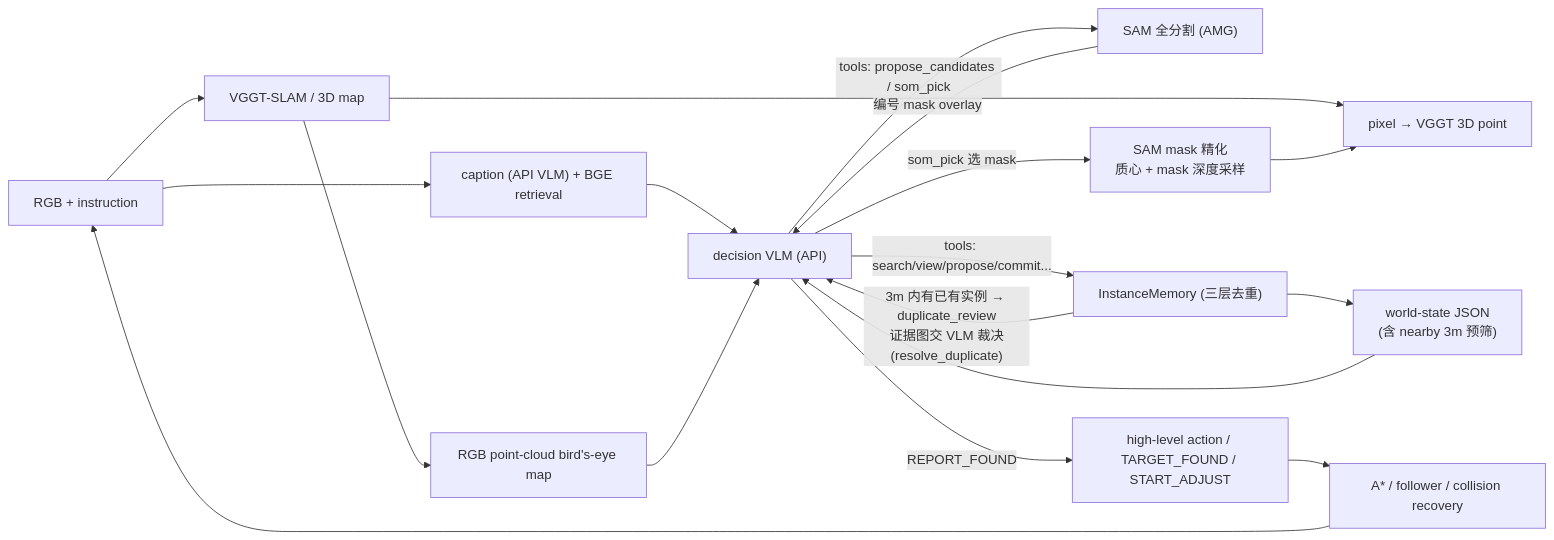
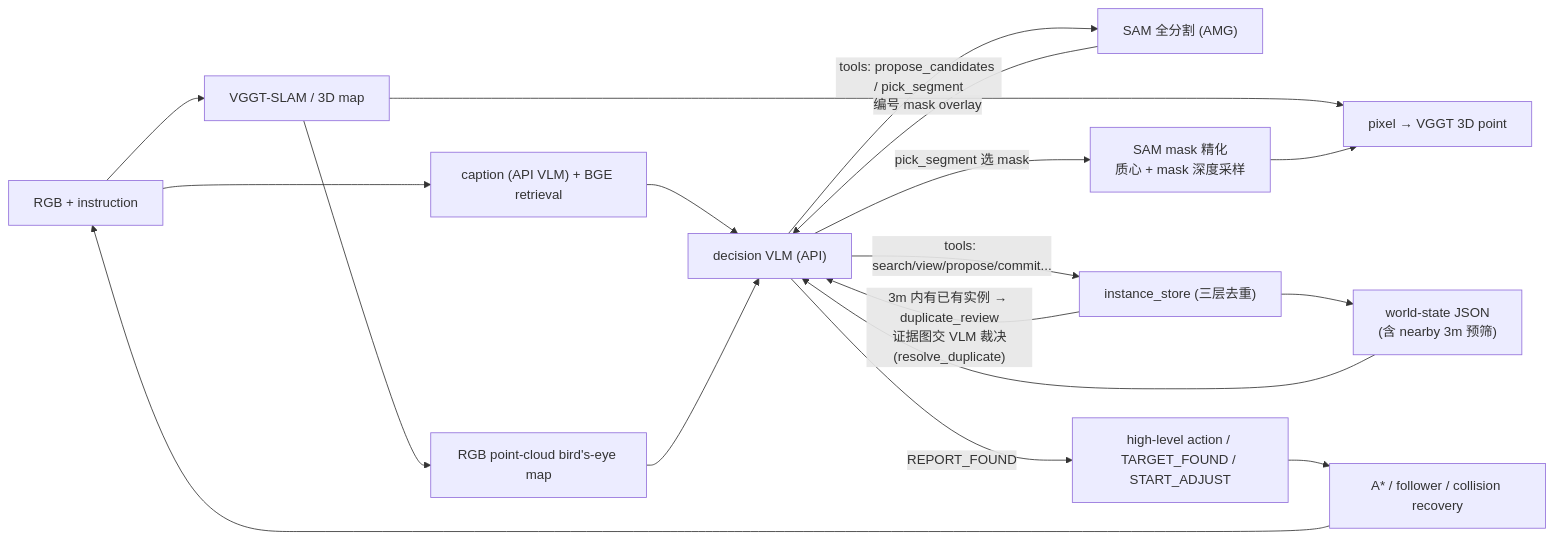
The diagram in README.md (WeberFU23/VGGTNavAgent), drawn with Mermaid before and after one commit. The commit also changed other lines of this file and 22 other files, not shown here.

````diff
--- a/README.md
+++ b/README.md
@@ -155,20 +160,20 @@
 ```mermaid
 flowchart LR
     RGB["RGB + instruction"] --> MAP["VGGT-SLAM / 3D map"]
     RGB --> CAP["caption (API VLM) + BGE retrieval"]
     MAP --> P3D["pixel → VGGT 3D point"]
     SOM["SAM 全分割 (AMG)"] -- "编号 mask overlay" --> VLM
-    VLM -- "som_pick 选 mask" --> SOMR["SAM mask 精化<br/>质心 + mask 深度采样"]
+    VLM -- "pick_segment 选 mask" --> SOMR["SAM mask 精化<br/>质心 + mask 深度采样"]
     SOMR --> P3D
     CAP --> VLM["decision VLM (API)"]
     MAP --> TOP["RGB point-cloud bird's-eye map"]
-    MEM["InstanceMemory (三层去重)"] --> STATE["world-state JSON<br/>(含 nearby 3m 预筛)"]
+    MEM["instance_store (三层去重)"] --> STATE["world-state JSON<br/>(含 nearby 3m 预筛)"]
     STATE --> VLM
     TOP --> VLM
     VLM -- "tools: search/view/propose/commit..." --> MEM
-    VLM -- "tools: propose_candidates / som_pick" --> SOM
+    VLM -- "tools: propose_candidates / pick_segment" --> SOM
     VLM -- "REPORT_FOUND" --> HIGH["high-level action / TARGET_FOUND / START_ADJUST"]
     MEM -- "3m 内有已有实例 → duplicate_review<br/>证据图交 VLM 裁决(resolve_duplicate)" --> VLM
     HIGH --> EXEC["A* / follower / collision recovery"]
     EXEC --> RGB
 ```
````
